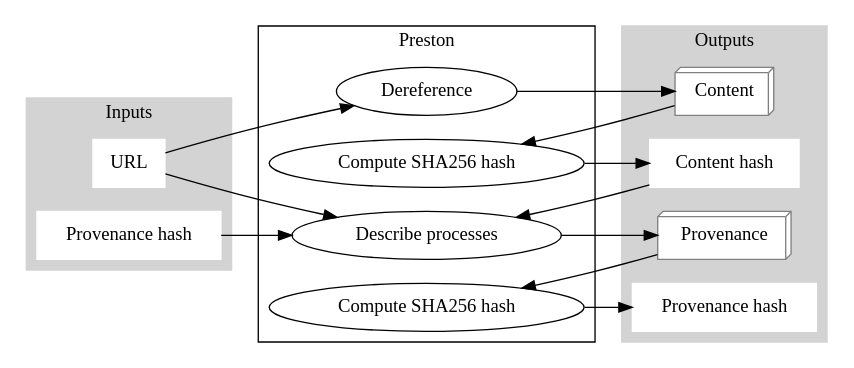
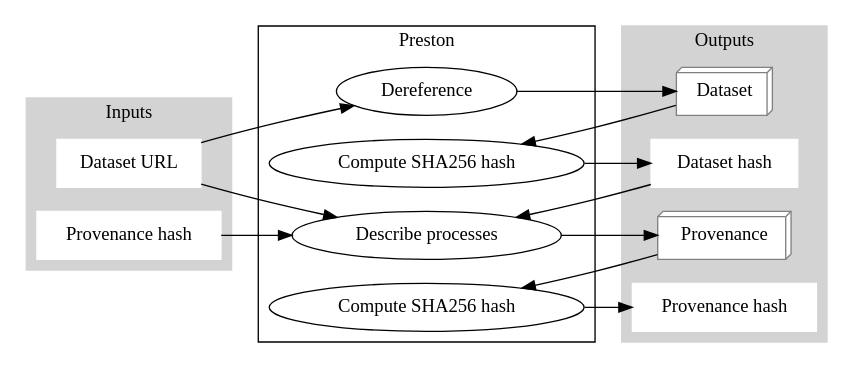
One commit to bio-guoda/preston changed the diagram in docs/simple-case-processes.dot. Above: the diagram before and after it, drawn with Graphviz. The commit also changed 2 other files, not shown here.

Commit message:
rename "content" -> "dataset"

```diff
--- a/docs/simple-case-processes.dot
+++ b/docs/simple-case-processes.dot
@@ -1,36 +1,36 @@
 digraph G {
     rankdir="LR"
     
     subgraph cluster_0 {
         style=filled
         color=lightgrey
         node [style=filled, color=white, shape=Mrectangle]
         label = "Inputs"
-        url [label="URL"]
+        url [label="Dataset URL"]
         previousProvHash [label="Provenance hash"]
     }
     
     subgraph cluster_1 {
         label = "Preston"
         dereference [label="Dereference"]
         generateProvenance [label="Describe processes"]
-        computeContentHash [label="Compute SHA256 hash"]
+        computeDatasetHash [label="Compute SHA256 hash"]
         computeProvHash [label="Compute SHA256 hash"]
     }
     
     subgraph cluster_2 {
         style=filled
         color=lightgrey
         node [style=filled, color=white, shape=Mrectangle, fillcolor=white]
         label = "Outputs"
-        content [label="Content", shape=box3d, color=gray]
-        contentHash [label="Content hash"]
+        dataset [label="Dataset", shape=box3d, color=gray]
+        datasetHash [label="Dataset hash"]
         newProv [label="Provenance", shape=box3d, color=gray]
         newProvHash [label="Provenance hash"]
     }
     
-    url -> dereference -> content
-    content -> computeContentHash -> contentHash
-    url, previousProvHash, contentHash -> generateProvenance -> newProv
+    url -> dereference -> dataset
+    dataset -> computeDatasetHash -> datasetHash
+    url, previousProvHash, datasetHash -> generateProvenance -> newProv
     newProv -> computeProvHash -> newProvHash
 }
```
